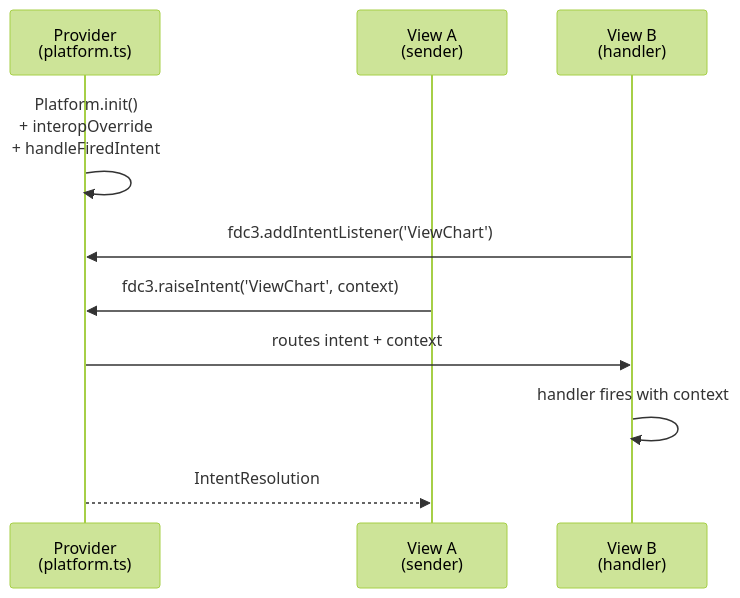
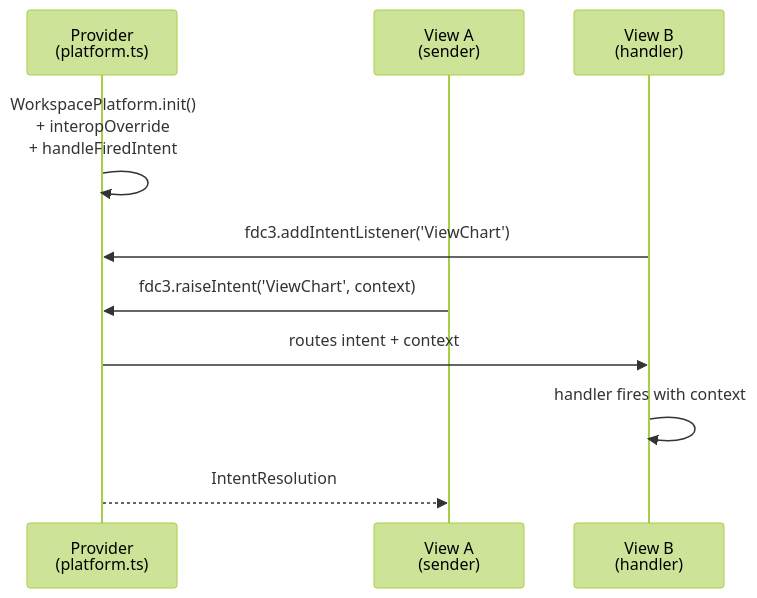
The diagram in FDC3-INTENT-GUIDE.md (grancalavera/openfin-custom-platform-windows), drawn with Mermaid (forest theme) before and after one commit. The commit also changed other lines of this file and 2 other files, not shown here.

````diff
--- a/FDC3-INTENT-GUIDE.md
+++ b/FDC3-INTENT-GUIDE.md
@@ -11,13 +13,13 @@
 ```mermaid
 sequenceDiagram
     participant Provider as Provider<br/>(platform.ts)
     participant ViewA as View A<br/>(sender)
     participant ViewB as View B<br/>(handler)
 
-    Provider->>Provider: Platform.init()<br/>+ interopOverride<br/>+ handleFiredIntent
+    Provider->>Provider: WorkspacePlatform.init()<br/>+ interopOverride<br/>+ handleFiredIntent
     ViewB->>Provider: fdc3.addIntentListener('ViewChart')
     ViewA->>Provider: fdc3.raiseIntent('ViewChart', context)
     Provider->>ViewB: routes intent + context
     ViewB->>ViewB: handler fires with context
     Provider-->>ViewA: IntentResolution
 ```
````
